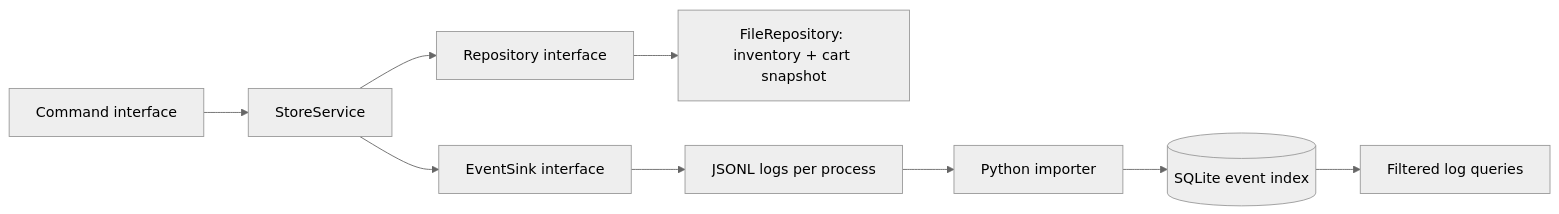
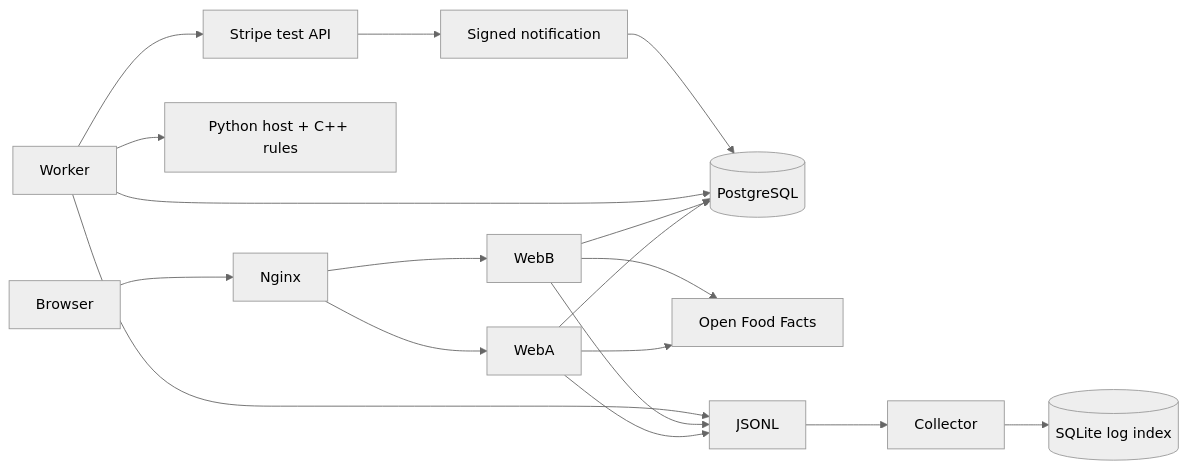
One commit to Daatari/grocery-store-management changed the first of 2 diagrams in docs/architecture.md. Above: the diagram before and after it, drawn with Mermaid (neutral theme). The commit also changed other lines of this file and 11 other files, not shown here.

Commit message:
Document schema decisions and fix Stripe events and host ingress

````diff
--- a/docs/architecture.md
+++ b/docs/architecture.md
@@ -20,11 +11,20 @@
 ```mermaid
 flowchart LR
-  CLI[Command interface] --> Service[StoreService]
-  Service --> Repo[Repository interface]
-  Repo --> File[FileRepository: inventory + cart snapshot]
-  Service --> Sink[EventSink interface]
-  Sink --> JSON[JSONL logs per process]
-  JSON --> Import[Python importer]
-  Import --> DB[(SQLite event index)]
-  DB --> Query[Filtered log queries]
+  Browser --> Nginx
+  Nginx --> WebA
+  Nginx --> WebB
+  WebA --> DB[(PostgreSQL)]
+  WebB --> DB
+  Worker --> DB
+  Worker --> Simulator[Python host + C++ rules]
+  Worker --> Stripe[Stripe test API]
+  Stripe --> Webhook[Signed notification]
+  Webhook --> DB
+  WebA --> OFF[Open Food Facts]
+  WebB --> OFF
+  WebA --> Logs[JSONL]
+  WebB --> Logs
+  Worker --> Logs
+  Logs --> Collector
+  Collector --> Index[(SQLite log index)]
 ```
````
